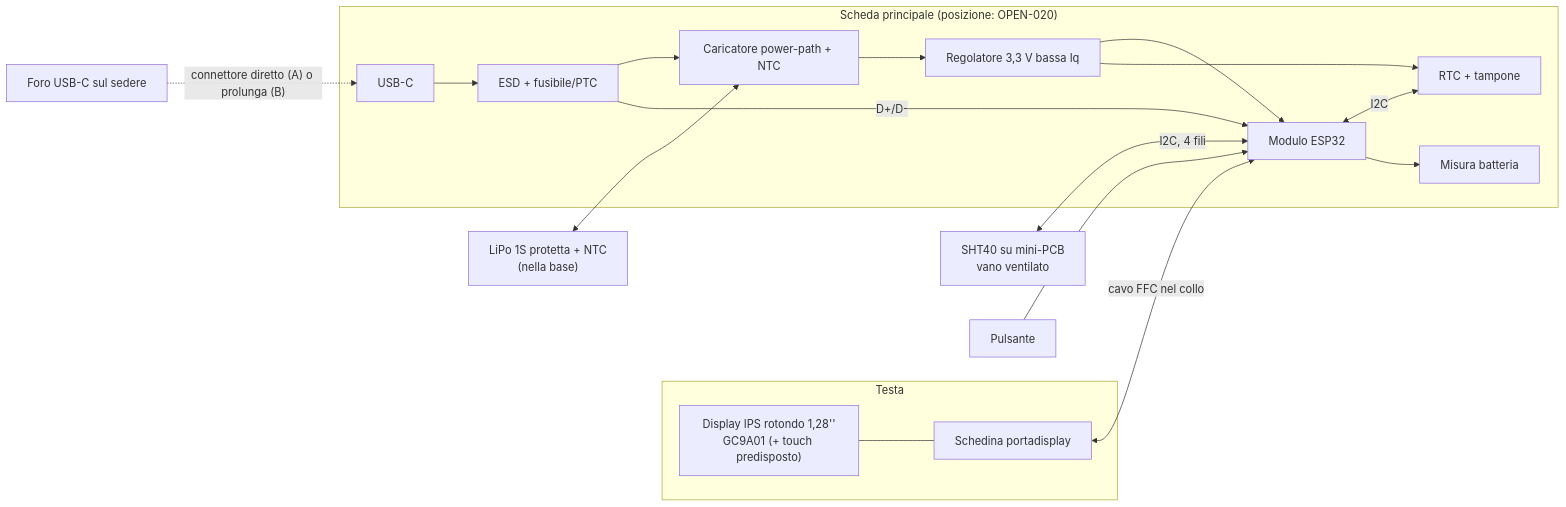
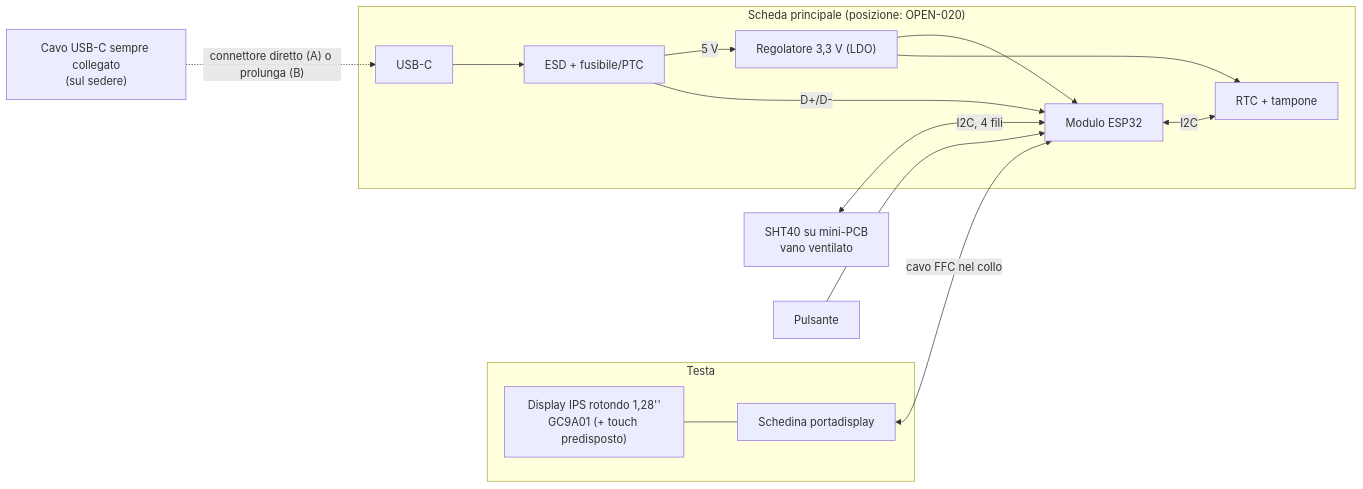
Before and after one commit to seba379/PoliClock: the diagram in docs/02-architettura-hardware.md, drawn with Mermaid. The commit also changed other lines of this file and 16 other files, not shown here.

````diff
--- a/docs/02-architettura-hardware.md
+++ b/docs/02-architettura-hardware.md
@@ -25,27 +25,23 @@
 ```mermaid
 flowchart LR
     subgraph HEAD["Testa"]
         DISP["Display IPS rotondo 1,28''<br/>GC9A01 (+ touch predisposto)"]
         CARR["Schedina portadisplay"]
         DISP --- CARR
     end
     subgraph MAIN["Scheda principale (posizione: OPEN-020)"]
         CONN["USB-C"]
         ESD["ESD + fusibile/PTC"]
-        CHG["Caricatore power-path + NTC"]
-        REG["Regolatore 3,3 V bassa Iq"]
+        REG["Regolatore 3,3 V (LDO)"]
         MCU["Modulo ESP32"]
         RTC["RTC + tampone"]
-        BMON["Misura batteria"]
-        CONN --> ESD --> CHG --> REG --> MCU
+        CONN --> ESD -->|"5 V"| REG --> MCU
         REG --> RTC
         ESD -->|"D+/D-"| MCU
         MCU <-->|"I2C"| RTC
-        MCU --> BMON
     end
-    USB["Foro USB-C sul sedere"] -.->|"connettore diretto (A) o prolunga (B)"| CONN
-    BAT["LiPo 1S protetta + NTC<br/>(nella base)"] <--> CHG
+    USB["Cavo USB-C sempre collegato<br/>(sul sedere)"] -.->|"connettore diretto (A) o prolunga (B)"| CONN
     CARR <-->|"cavo FFC nel collo"| MCU
     SHT["SHT40 su mini-PCB<br/>vano ventilato"] <-->|"I2C, 4 fili"| MCU
     BTN["Pulsante"] --> MCU
 ```
````
